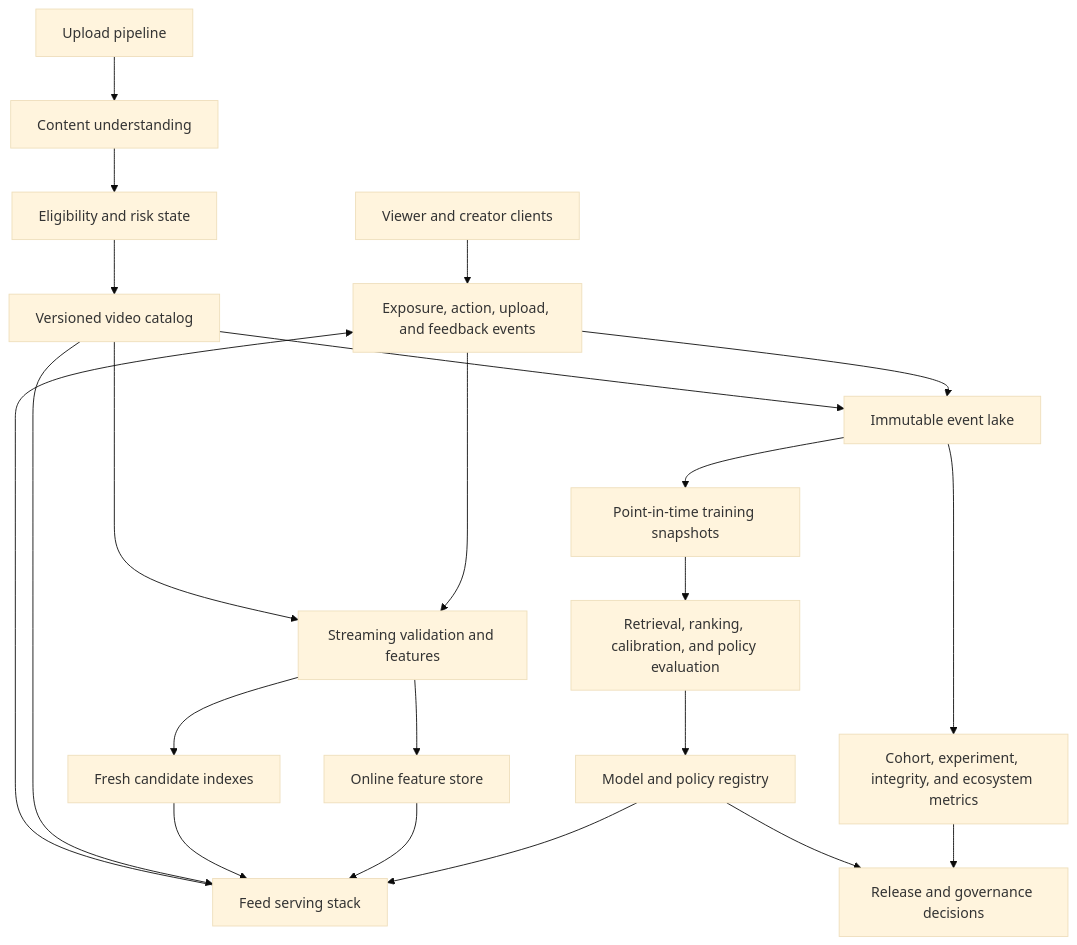
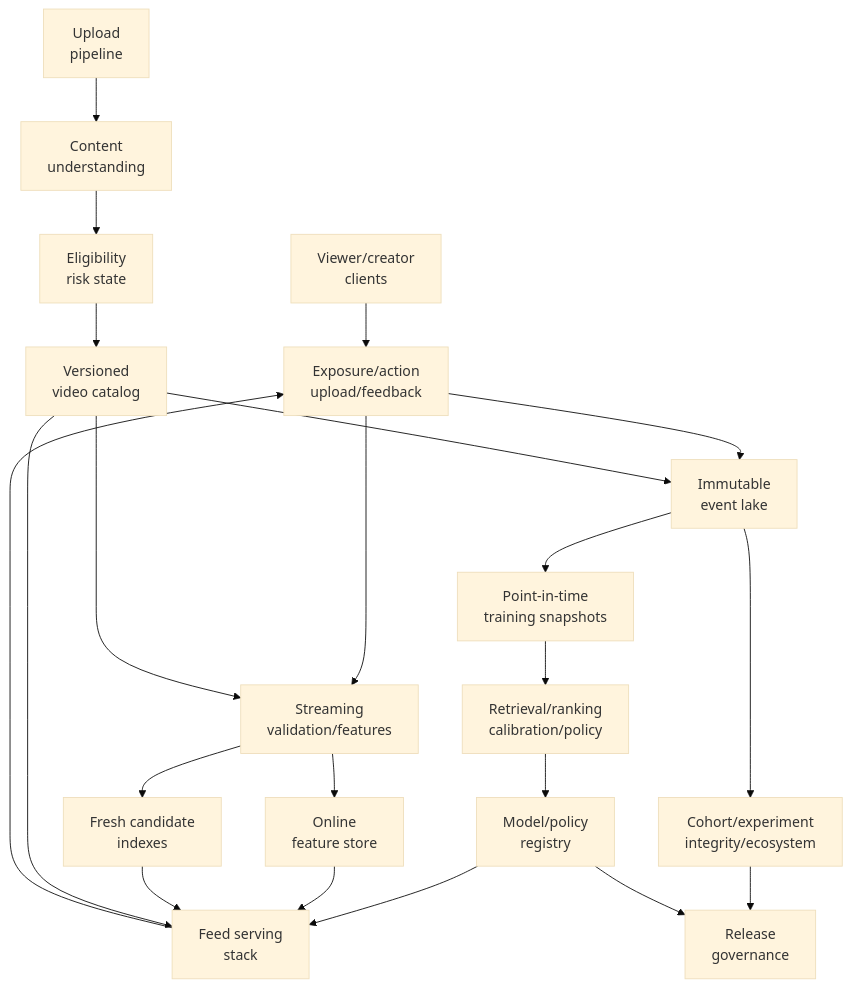
Before and after one commit to mlmentorship/mlmentorship.github.io: the third of 3 diagrams in src/content/posts/2026-08-29-design-short-form-video-ecosystem.md, drawn with Mermaid (base theme). The commit also changed other lines of this file and 258 other files, not shown here.

````diff
--- a/src/content/posts/2026-08-29-design-short-form-video-ecosystem.md
+++ b/src/content/posts/2026-08-29-design-short-form-video-ecosystem.md
@@ -777,28 +610,33 @@
 ```mermaid
 flowchart TB
-  Apps[Viewer and creator clients] --> Events[Exposure, action, upload, and feedback events]
-  Upload[Upload pipeline] --> Understand[Content understanding]
-  Understand --> Moderate[Eligibility and risk state]
-  Moderate --> Catalog[Versioned video catalog]
+  accTitle: Versioned exposure, catalog, training and deployment evidence connect the feed lifecycle
+  accDescr: Client and upload events enter streaming validation and an immutable event lake. Current eligibility and catalog state feed online features and fresh indexes. Point-in-time snapshots train and evaluate versioned models, calibrators and policy. Serving consumes compatible published state, while cohort and experiment evidence informs release governance.
+  Apps["Viewer/creator<br/>clients"] --> Events["Exposure/action<br/>upload/feedback"]
+  Upload["Upload<br/>pipeline"] --> Understand["Content<br/>understanding"]
+  Understand --> Moderate["Eligibility<br/>risk state"]
+  Moderate --> Catalog["Versioned<br/>video catalog"]
 
-  Events --> Stream[Streaming validation and features]
-  Events --> Lake[Immutable event lake]
+  Events --> Stream["Streaming<br/>validation/features"]
+  Events --> Lake["Immutable<br/>event lake"]
   Catalog --> Stream
   Catalog --> Lake
 
-  Stream --> Online[Online feature store]
-  Stream --> Index[Fresh candidate indexes]
-  Lake --> Snapshots[Point-in-time training snapshots]
-  Snapshots --> Train[Retrieval, ranking, calibration, and policy evaluation]
-  Train --> Registry[Model and policy registry]
+  Stream --> Online["Online<br/>feature store"]
+  Stream --> Index["Fresh candidate<br/>indexes"]
+  Lake --> Snapshots["Point-in-time<br/>training snapshots"]
+  Snapshots --> Train["Retrieval/ranking<br/>calibration/policy"]
+  Train --> Registry["Model/policy<br/>registry"]
 
-  Registry --> Serve[Feed serving stack]
+  Registry --> Serve["Feed serving<br/>stack"]
   Online --> Serve
   Index --> Serve
   Catalog --> Serve
   Serve --> Events
 
-  Lake --> Metrics[Cohort, experiment, integrity, and ecosystem metrics]
-  Metrics --> Release[Release and governance decisions]
+  Lake --> Metrics["Cohort/experiment<br/>integrity/ecosystem"]
+  Metrics --> Release["Release<br/>governance"]
   Registry --> Release
+  class Catalog,Lake,Registry viz-state
+  class Stream,Train,Serve viz-focus
+  class Online,Index,Metrics,Release viz-output
 ```
````
